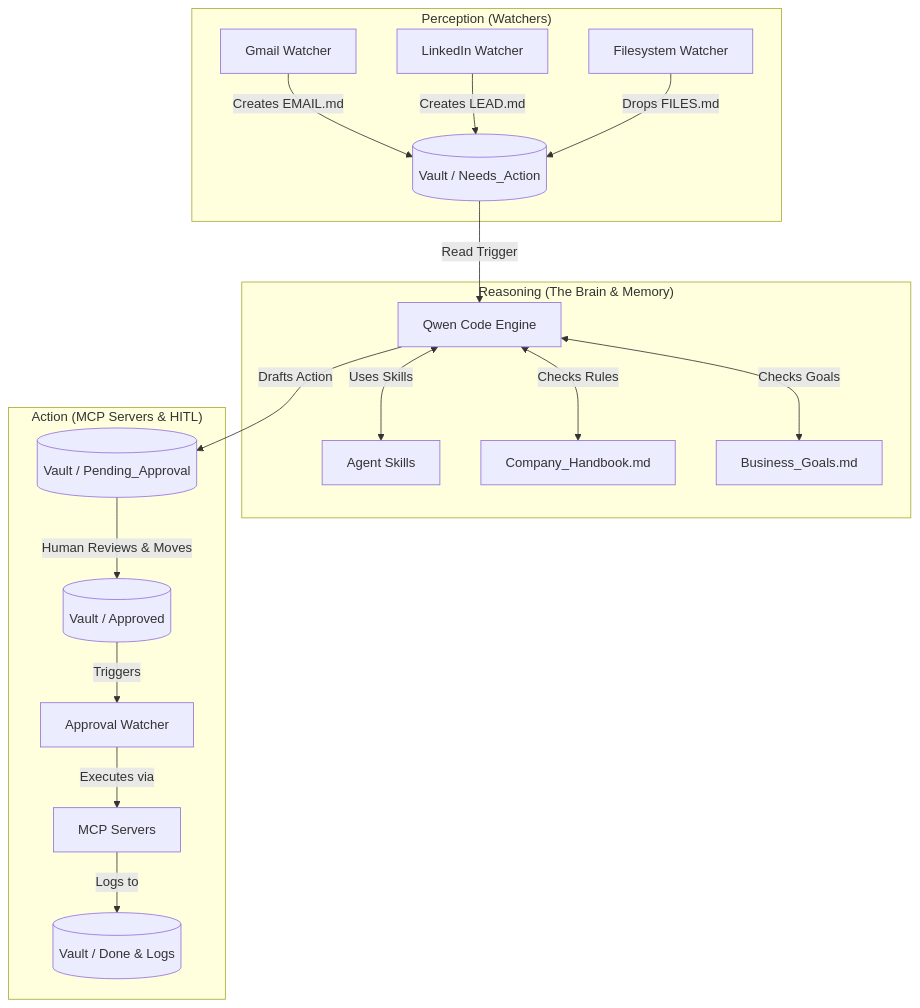
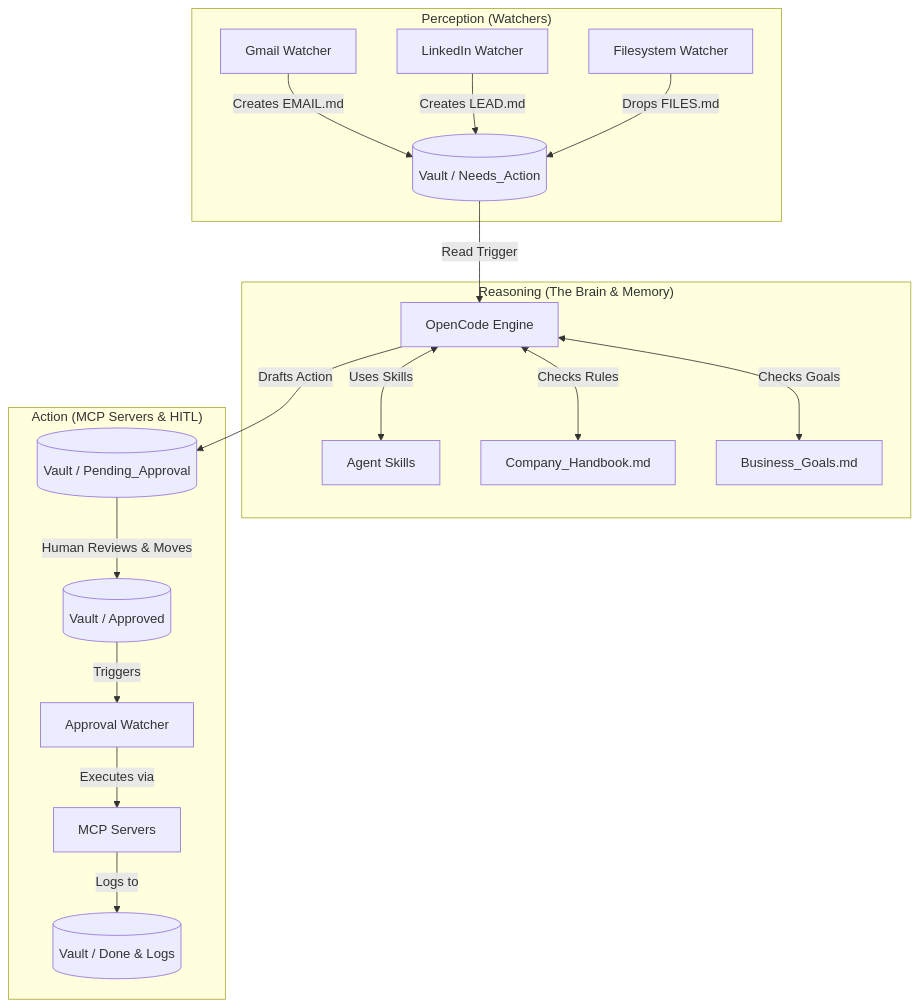
One commit to AbdulSamad94/Personal-AI-Employee changed the first of 4 diagrams in README.md. Above: the diagram before and after it, drawn with Mermaid. The commit also changed other lines of this file and 37 other files, not shown here.

````diff
--- a/README.md
+++ b/README.md
@@ -21,23 +19,23 @@
 ```mermaid
 graph TD
     subgraph "Perception (Watchers)"
         GW[Gmail Watcher] --> |Creates EMAIL.md| Inbox[(Vault / Needs_Action)]
         LW[LinkedIn Watcher] --> |Creates LEAD.md| Inbox
         FW[Filesystem Watcher] --> |Drops FILES.md| Inbox
     end
 
     subgraph "Reasoning (The Brain & Memory)"
-        Inbox --> |Read Trigger| Qwen[Qwen Code Engine]
-        Qwen <--> |Uses Skills| Skills[Agent Skills]
-        Qwen <--> |Checks Rules| CH[Company_Handbook.md]
-        Qwen <--> |Checks Goals| BG[Business_Goals.md]
+        Inbox --> |Read Trigger| OC[OpenCode Engine]
+        OC <--> |Uses Skills| Skills[Agent Skills]
+        OC <--> |Checks Rules| CH[Company_Handbook.md]
+        OC <--> |Checks Goals| BG[Business_Goals.md]
     end
 
     subgraph "Action (MCP Servers & HITL)"
-        Qwen --> |Drafts Action| PA[(Vault / Pending_Approval)]
+        OC --> |Drafts Action| PA[(Vault / Pending_Approval)]
         PA --> |Human Reviews & Moves| APP[(Vault / Approved)]
         APP --> |Triggers| AW[Approval Watcher]
         AW --> |Executes via| MCP[MCP Servers]
         MCP --> |Logs to| Done[(Vault / Done & Logs)]
     end
 ```
````
